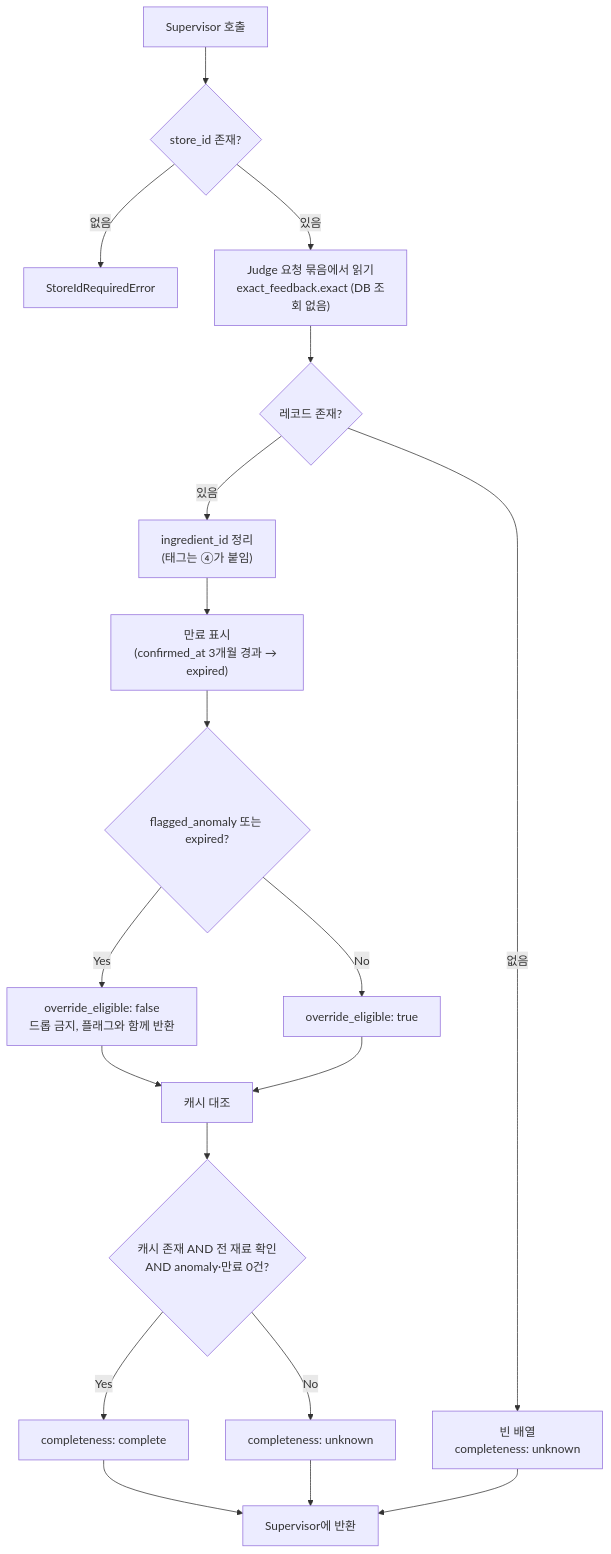
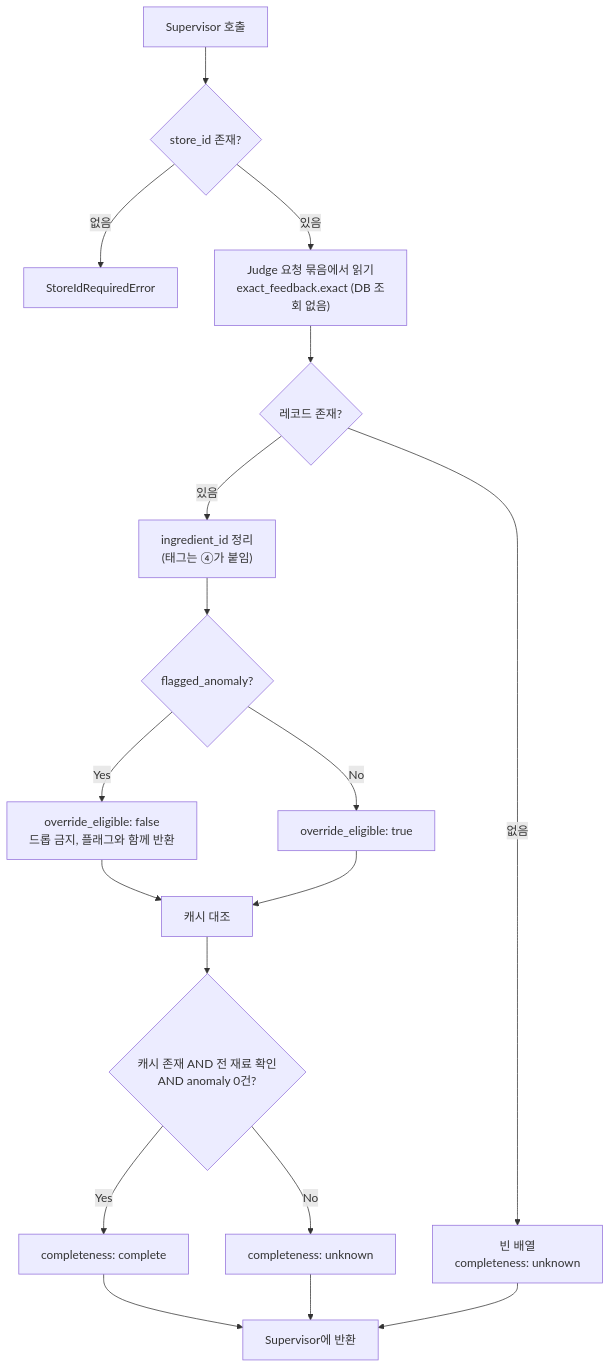
The diagram in docs/3-tool-exact.md (Han-Spoon/ai), drawn with Mermaid before and after one commit. The commit also changed other lines of this file and 6 other files, not shown here.

````diff
--- a/docs/3-tool-exact.md
+++ b/docs/3-tool-exact.md
@@ -169,21 +155,20 @@
 ```mermaid
 flowchart TD
     S[Supervisor 호출] --> V{store_id 존재?}
     V -->|없음| ERR[StoreIdRequiredError]
     V -->|있음| Q["Judge 요청 묶음에서 읽기<br/>exact_feedback.exact (DB 조회 없음)"]
     Q --> N{레코드 존재?}
     N -->|없음| E["빈 배열<br/>completeness: unknown"]
     N -->|있음| TG["ingredient_id 정리<br/>(태그는 ④가 붙임)"]
-    TG --> EX["만료 표시<br/>(confirmed_at 3개월 경과 → expired)"]
-    EX --> A{"flagged_anomaly 또는 expired?"}
+    TG --> A{"flagged_anomaly?"}
     A -->|Yes| MARK["override_eligible: false<br/>드롭 금지, 플래그와 함께 반환"]
     A -->|No| OK["override_eligible: true"]
     MARK --> C[캐시 대조]
     OK --> C
-    C --> CP{"캐시 존재 AND 전 재료 확인<br/>AND anomaly·만료 0건?"}
+    C --> CP{"캐시 존재 AND 전 재료 확인<br/>AND anomaly 0건?"}
     CP -->|Yes| COMP["completeness: complete"]
     CP -->|No| UNK["completeness: unknown"]
     COMP --> OUT[Supervisor에 반환]
     UNK --> OUT
     E --> OUT
 ```
````
